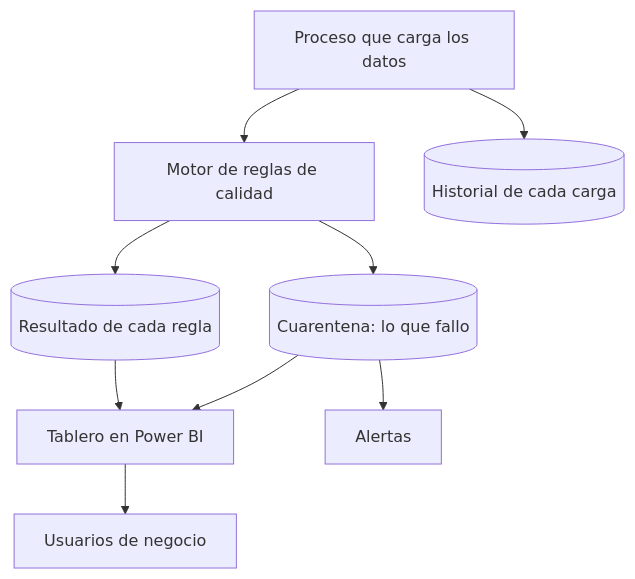
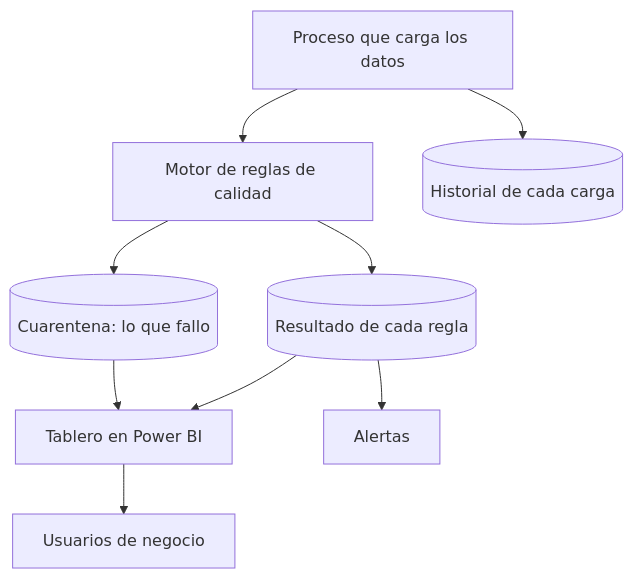
The diagram in docs/02_kpis_calidad.md (Moidah/prueba-ingenieria-datos-tuya), drawn with Mermaid before and after one commit.

Commit message:
cambio grafica 2

````diff
--- a/docs/02_kpis_calidad.md
+++ b/docs/02_kpis_calidad.md
@@ -30,11 +30,11 @@
 ```mermaid
 flowchart TB
     A[Proceso que carga los datos] --> B[Motor de reglas de calidad]
     B --> C[(Resultado de cada regla)]
     B --> D[(Cuarentena: lo que fallo)]
     A --> E[(Historial de cada carga)]
     C --> F[Tablero en Power BI]
     D --> F
-    D --> G[Alertas]
+    C --> G[Alertas]
     F --> H[Usuarios de negocio]
 ```
````
